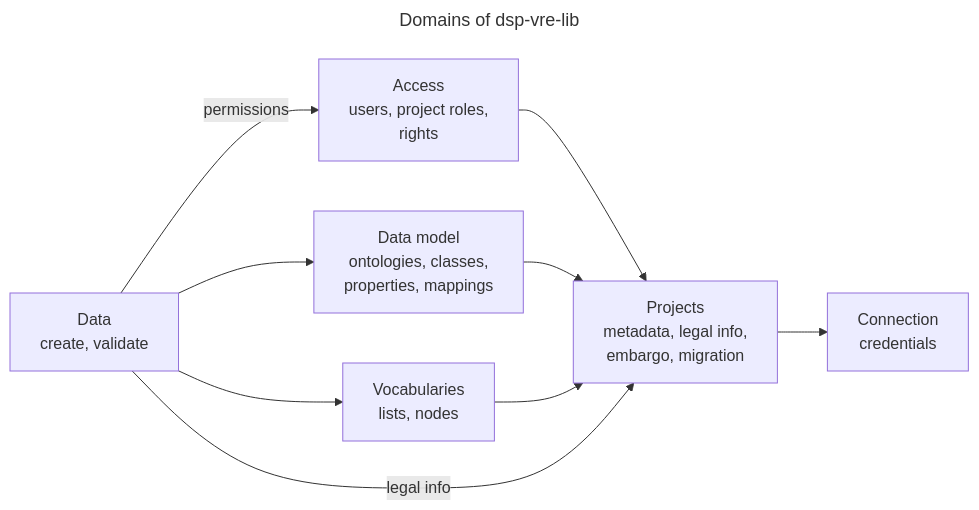
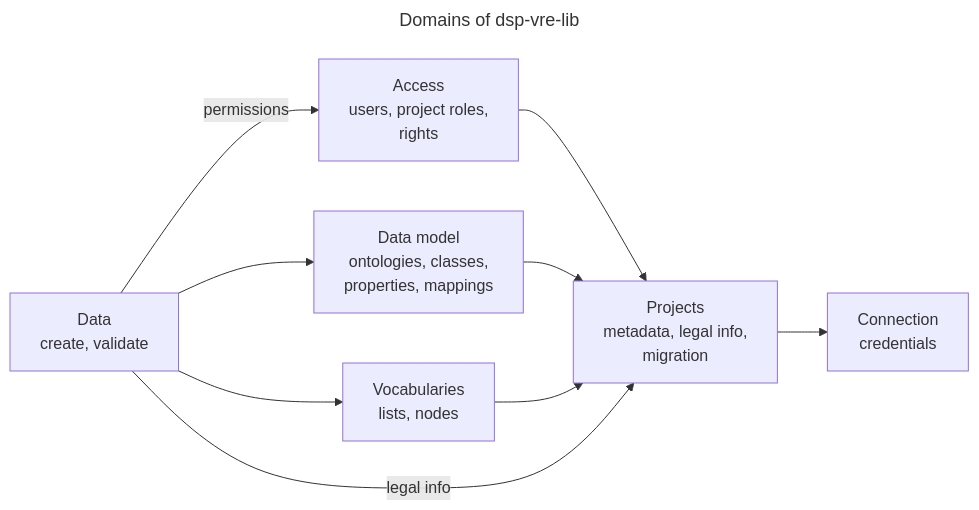
One commit to dasch-swiss/dsp-tools changed the second of 2 diagrams in docs/dsp-tools-split/ADR-dsp-vre-lib.md. Above: the diagram before and after it, drawn with Mermaid. The commit also changed other lines of this file and 2 other files, not shown here.

Commit message:
docs: remove embargo and align roles across split documents

````diff
--- a/docs/dsp-tools-split/ADR-dsp-vre-lib.md
+++ b/docs/dsp-tools-split/ADR-dsp-vre-lib.md
@@ -120,21 +128,21 @@
 ```mermaid
 ---
 title: Domains of dsp-vre-lib
 ---
 flowchart LR
     connection["Connection<br/>credentials"]
-    projects["Projects<br/>metadata, legal info,<br/>embargo, migration"]
+    projects["Projects<br/>metadata, legal info,<br/>migration"]
     access["Access<br/>users, project roles,<br/>rights"]
     datamodel["Data model<br/>ontologies, classes,<br/>properties, mappings"]
     vocabularies["Vocabularies<br/>lists, nodes"]
     data["Data<br/>create, validate"]
 
     projects --> connection
     access --> projects
     datamodel --> projects
     vocabularies --> projects
     data --> datamodel
     data --> vocabularies
     data -->|legal info| projects
     data -->|permissions| access
 ```
````
